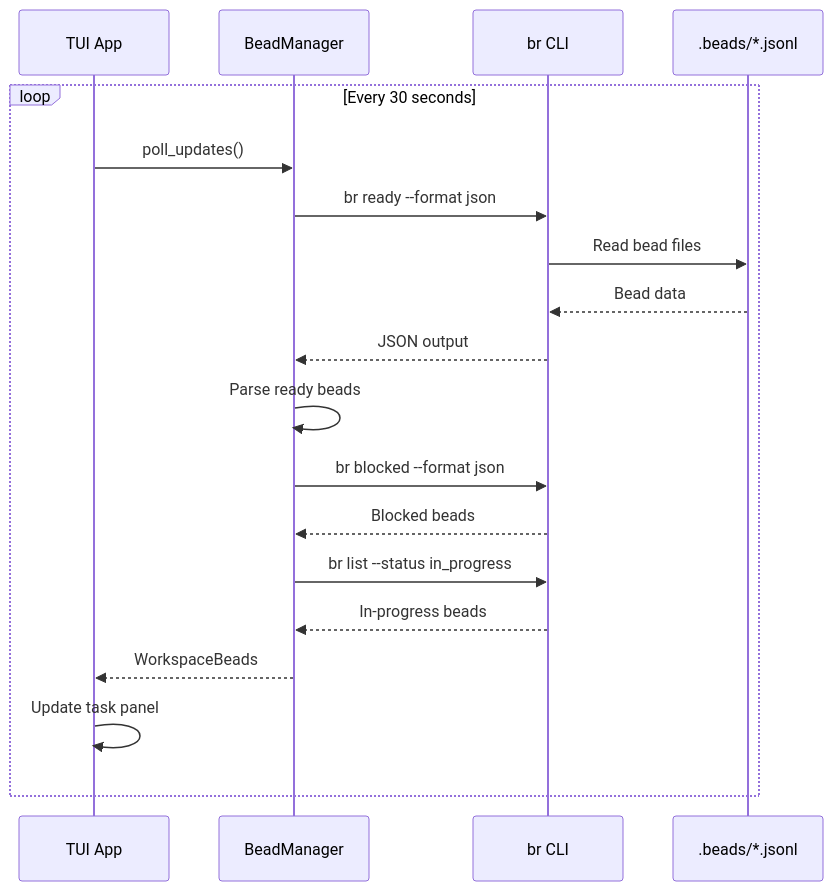
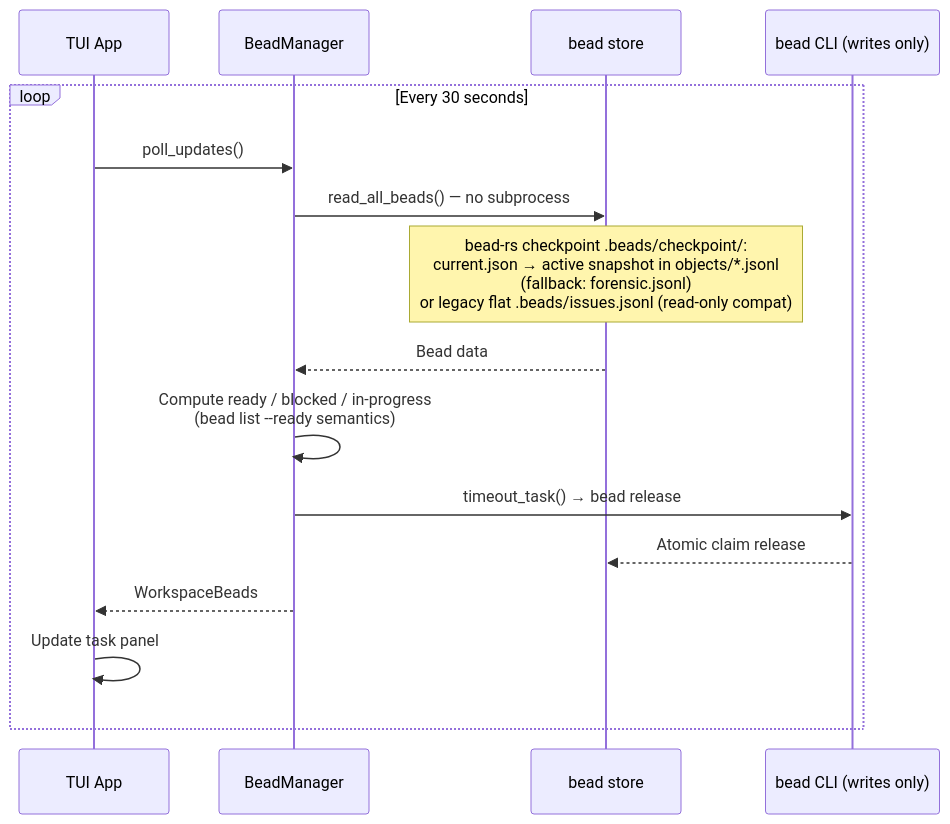
One commit to jedarden/forge changed the fifth of 8 diagrams in docs/diagrams/data-flow.md. Above: the diagram before and after it, drawn with Mermaid. The commit also changed other lines of this file and 17 other files, not shown here.

First line of the commit message:
docs: align secondary docs and diagrams with bead-rs store and ADR 0020

````diff
--- a/docs/diagrams/data-flow.md
+++ b/docs/diagrams/data-flow.md
@@ -120,25 +120,21 @@
 ```mermaid
 sequenceDiagram
     participant TUI as TUI App
     participant Manager as BeadManager
-    participant CLI as br CLI
-    participant JSONL as .beads/*.jsonl
+    participant Store as bead store
+    participant CLI as bead CLI (writes only)
 
     loop Every 30 seconds
         TUI->>Manager: poll_updates()
-        Manager->>CLI: br ready --format json
-        CLI->>JSONL: Read bead files
-        JSONL-->>CLI: Bead data
-        CLI-->>Manager: JSON output
-        Manager->>Manager: Parse ready beads
+        Manager->>Store: read_all_beads() — no subprocess
+        Note over Store: bead-rs checkpoint .beads/checkpoint/:<br/>current.json → active snapshot in objects/*.jsonl<br/>(fallback: forensic.jsonl)<br/>or legacy flat .beads/issues.jsonl (read-only compat)
+        Store-->>Manager: Bead data
+        Manager->>Manager: Compute ready / blocked / in-progress<br/>(bead list --ready semantics)
 
-        Manager->>CLI: br blocked --format json
-        CLI-->>Manager: Blocked beads
-
-        Manager->>CLI: br list --status in_progress
-        CLI-->>Manager: In-progress beads
+        Manager->>CLI: timeout_task() → bead release
+        CLI-->>Store: Atomic claim release
 
         Manager-->>TUI: WorkspaceBeads
         TUI->>TUI: Update task panel
     end
 ```
````
